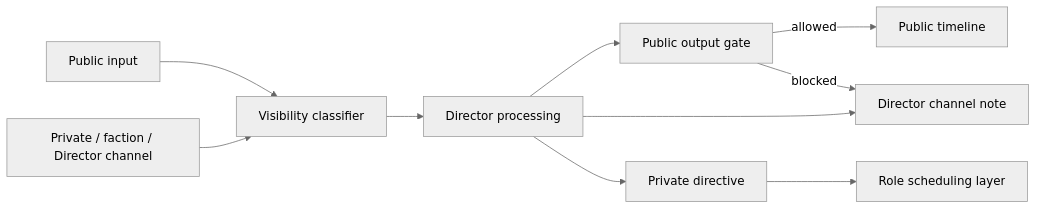
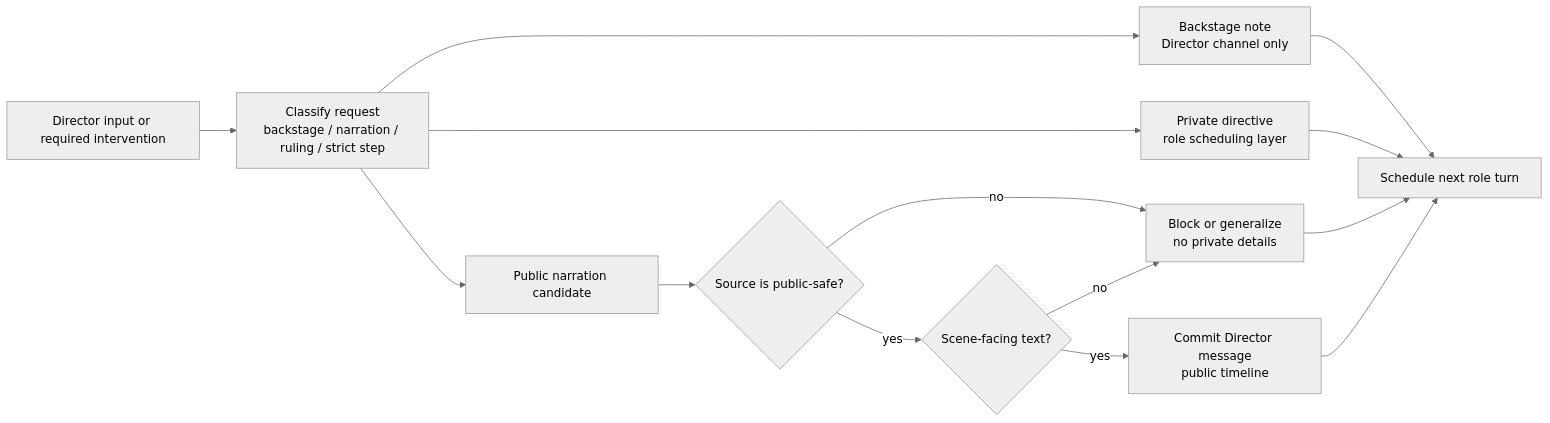
One commit to 98k4jd2qgt-ship-it/CastRoom-AI changed the fourth of 7 diagrams in docs/architecture-en.md. Above: the diagram before and after it, drawn with Mermaid (neutral theme). The commit also changed other lines of this file and 1 other file, not shown here.

Commit message:
docs: refine architecture documentation

````diff
--- a/docs/architecture-en.md
+++ b/docs/architecture-en.md
@@ -53,12 +97,16 @@
 ```mermaid
 flowchart LR
-  publicInput["Public input"] --> classify["Visibility classifier"]
-  privateInput["Private / faction / Director channel"] --> classify
-  classify --> director["Director processing"]
-  director --> publicGate["Public output gate"]
-  director --> backstage["Director channel note"]
-  director --> directive["Private directive"]
-  publicGate -->|allowed| publicTimeline["Public timeline"]
-  publicGate -->|blocked| backstage
-  directive --> roleTurn["Role scheduling layer"]
+  input["Director input or required intervention"] --> classify["Classify request<br/>backstage / narration / ruling / strict step"]
+  classify --> backstage["Backstage note<br/>Director channel only"]
+  classify --> directive["Private directive<br/>role scheduling layer"]
+  classify --> narration["Public narration candidate"]
+  narration --> sourceGate{"Source is public-safe?"}
+  sourceGate -->|no| blocked["Block or generalize<br/>no private details"]
+  sourceGate -->|yes| styleGate{"Scene-facing text?"}
+  styleGate -->|no| blocked
+  styleGate -->|yes| publicTimeline["Commit Director message<br/>public timeline"]
+  publicTimeline --> next["Schedule next role turn"]
+  blocked --> next
+  backstage --> next
+  directive --> next
 ```
````
